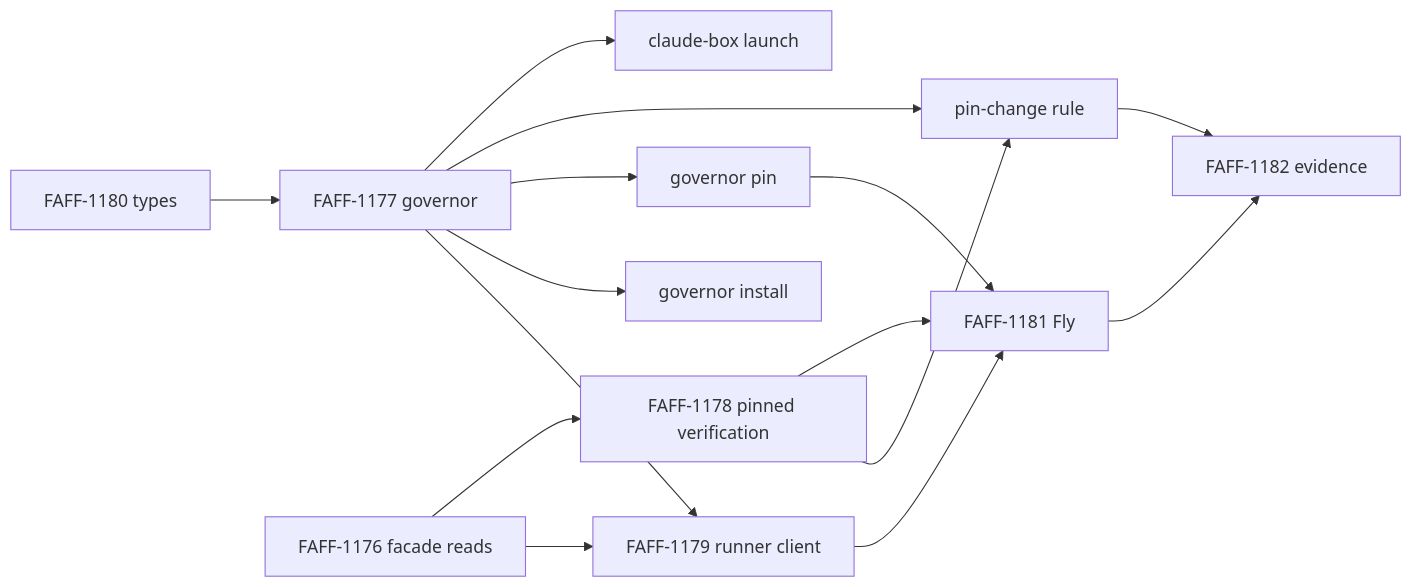
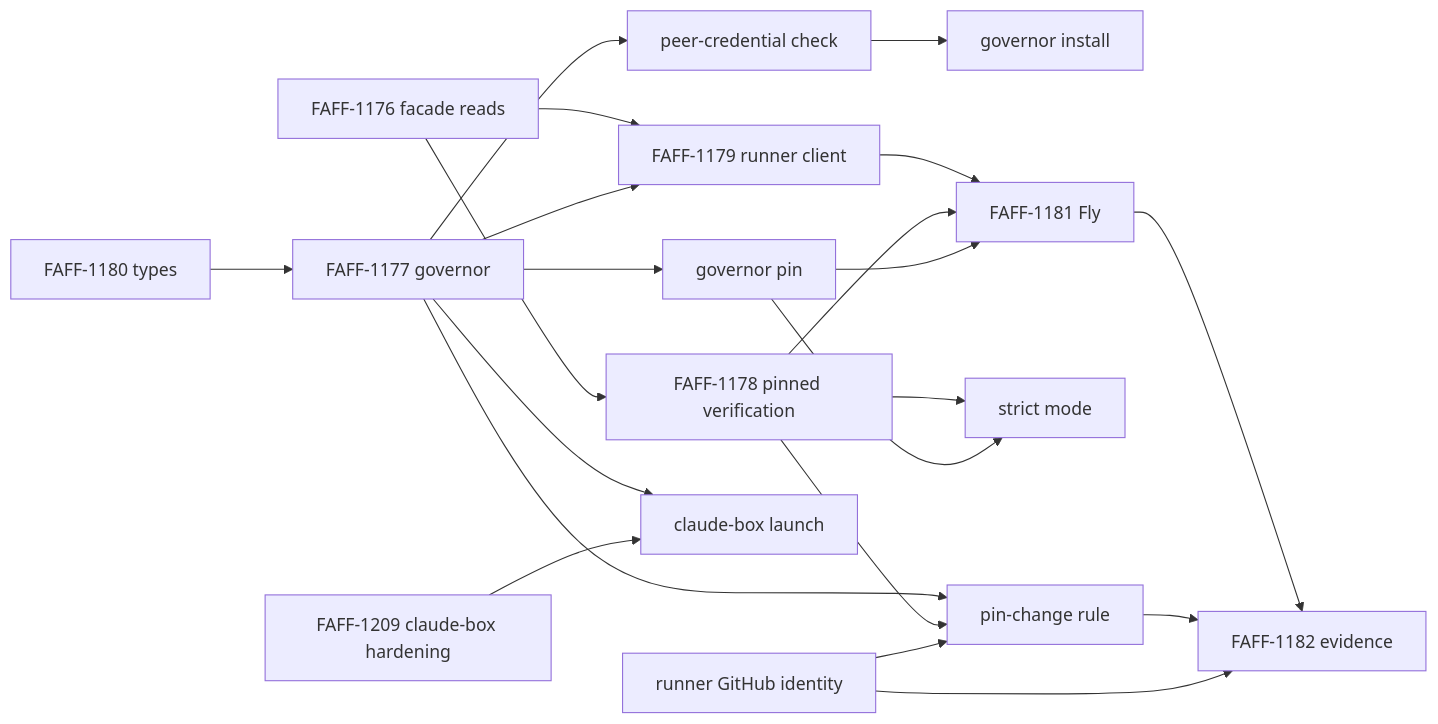
One commit to shftwst/faff changed the diagram in records/adr/0135-commissaire-governor-runs-out-of-process-opt-in-with-pinned-keys.md. Above: the diagram before and after it, drawn with Mermaid. The commit also changed other lines of this file and 2 other files, not shown here.

First line of the commit message:
docs(adr): record the FAFF-1109 follow-up decisions and a Linux separate-user round trip

````diff
--- a/records/adr/0135-commissaire-governor-runs-out-of-process-opt-in-with-pinned-keys.md
+++ b/records/adr/0135-commissaire-governor-runs-out-of-process-opt-in-with-pinned-keys.md
@@ -251,17 +294,23 @@
 ```mermaid
 flowchart LR
     A[FAFF-1180 types] --> B[FAFF-1177 governor]
     C[FAFF-1176 facade reads] --> D[FAFF-1179 runner client]
     C --> E[FAFF-1178 pinned verification]
     B --> D
-    B --> F[governor install]
+    B --> P[peer-credential check]
+    P --> F[governor install]
     B --> G[governor pin]
     B --> H[pin-change rule]
     E --> H
+    E --> S[strict mode]
+    G --> S
     D --> I[FAFF-1181 Fly]
     E --> I
     G --> I
     B --> J[claude-box launch]
+    X[FAFF-1209 claude-box hardening] --> J
+    R[runner GitHub identity] --> H
     I --> K[FAFF-1182 evidence]
     H --> K
+    R --> K
 ```
````
